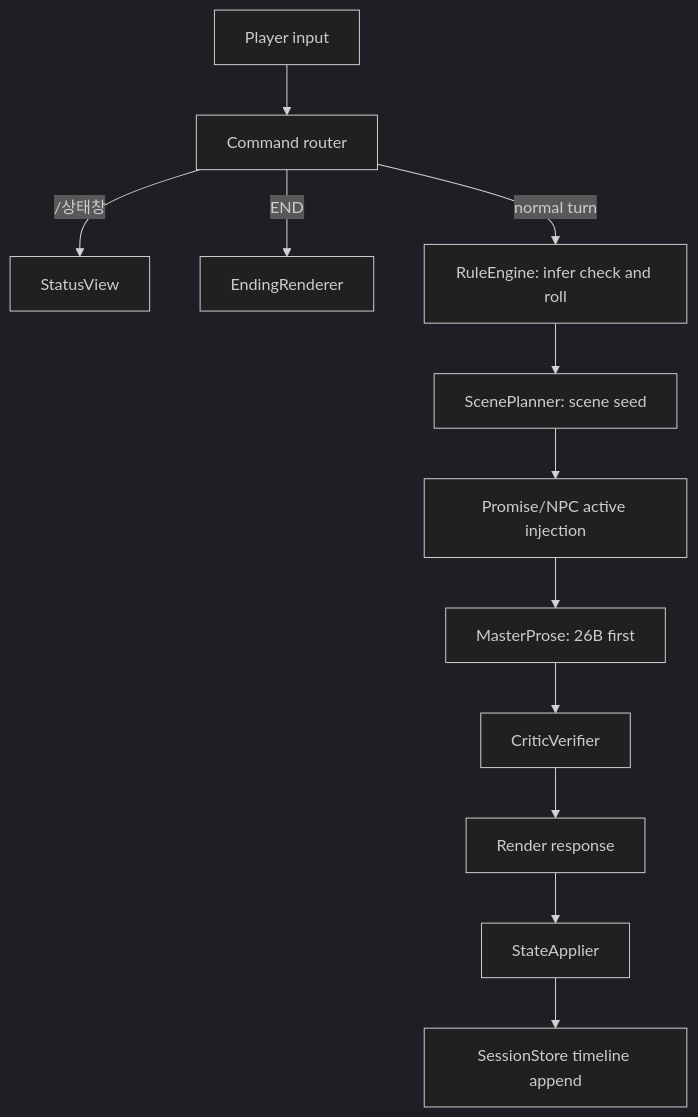
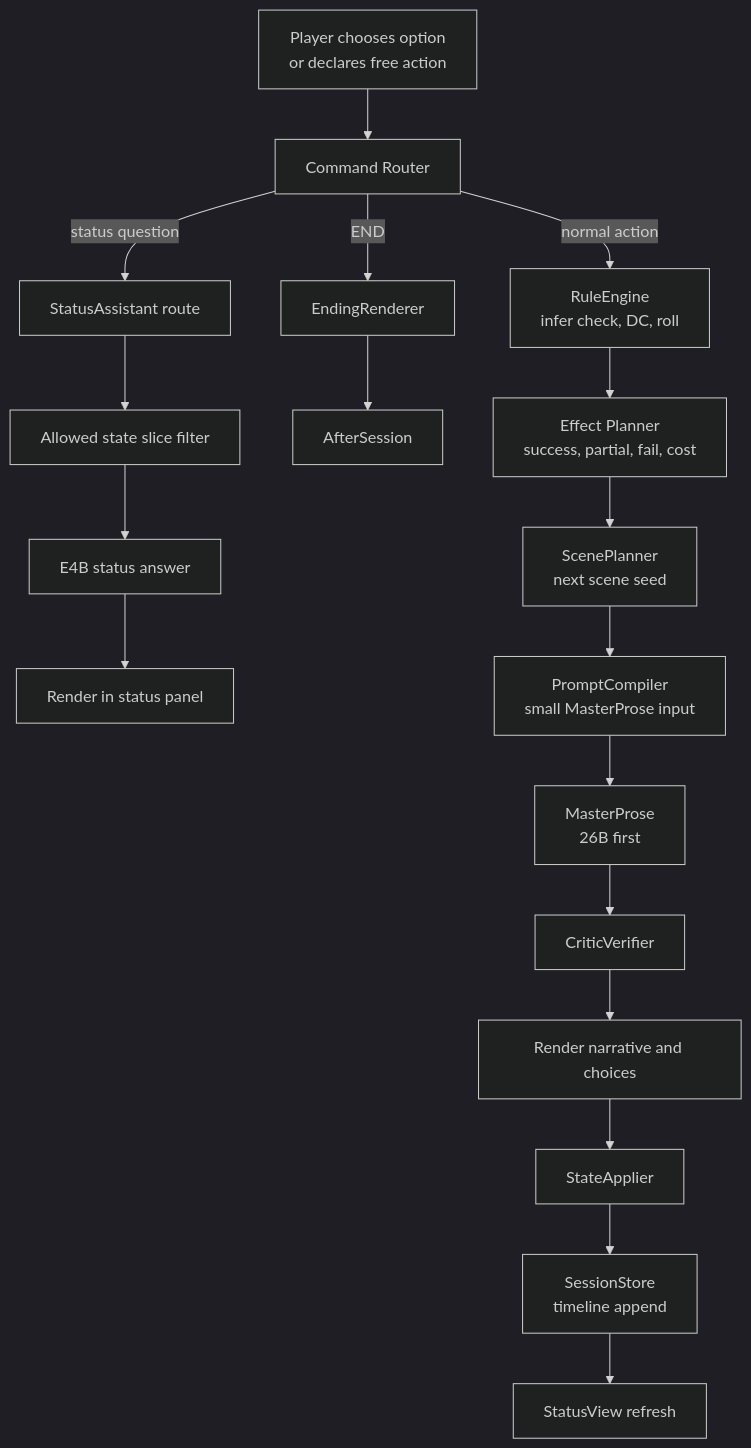
One commit to winterrainlee/winterrain_trpg changed the third of 4 diagrams in design/winterrain-rp-module-architecture-design.md. Above: the diagram before and after it, drawn with Mermaid (dark theme). The commit also changed other lines of this file, not shown here.

Commit message:
Update architecture around setup wizard flow

````diff
--- a/design/winterrain-rp-module-architecture-design.md
+++ b/design/winterrain-rp-module-architecture-design.md
@@ -120,14 +274,22 @@
 ```mermaid
 flowchart TD
-  A["Player input"] --> B["Command router"]
-  B -->|/상태창| S["StatusView"]
-  B -->|END| E["EndingRenderer"]
-  B -->|normal turn| C["RuleEngine: infer check and roll"]
-  C --> D["ScenePlanner: scene seed"]
-  D --> P["Promise/NPC active injection"]
-  P --> M["MasterProse: 26B first"]
-  M --> V["CriticVerifier"]
-  V --> R["Render response"]
-  R --> U["StateApplier"]
-  U --> L["SessionStore timeline append"]
+  A["Player chooses option<br/>or declares free action"] --> B["Command Router"]
+  B -->|status question| SQ["StatusAssistant route"]
+  SQ --> SF["Allowed state slice filter"]
+  SF --> SA["E4B status answer"]
+  SA --> SR["Render in status panel"]
+
+  B -->|END| ER["EndingRenderer"]
+  ER --> AS["AfterSession"]
+
+  B -->|normal action| C["RuleEngine<br/>infer check, DC, roll"]
+  C --> D["Effect Planner<br/>success, partial, fail, cost"]
+  D --> E["ScenePlanner<br/>next scene seed"]
+  E --> F["PromptCompiler<br/>small MasterProse input"]
+  F --> G["MasterProse<br/>26B first"]
+  G --> H["CriticVerifier"]
+  H --> I["Render narrative and choices"]
+  I --> J["StateApplier"]
+  J --> K["SessionStore<br/>timeline append"]
+  K --> L["StatusView refresh"]
 ```
````
